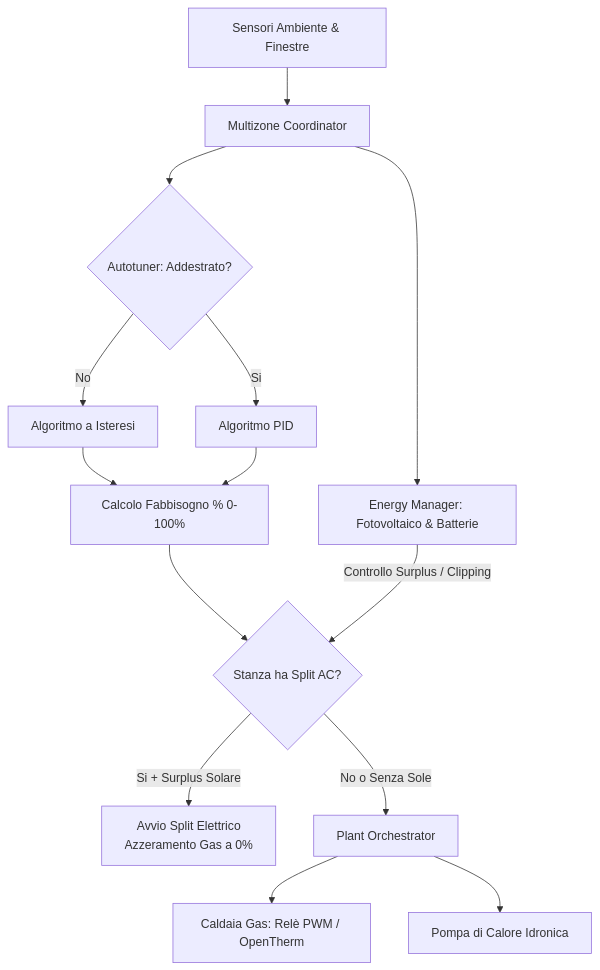
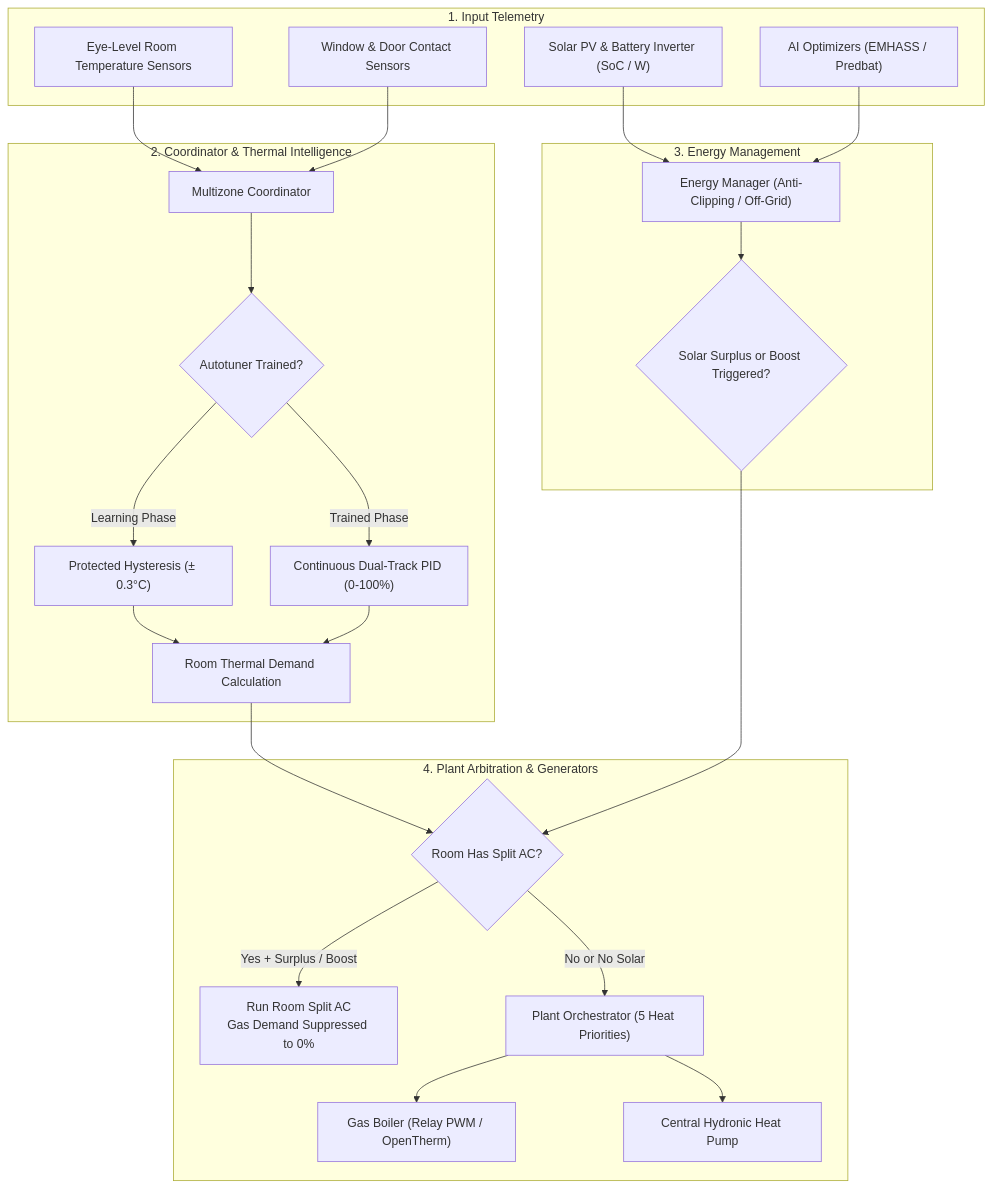
Before and after one commit to alex-military/multizone-thermostat: the diagram in docs/wiki/home.md, drawn with Mermaid. The commit also changed other lines of this file and 43 other files, not shown here.

````diff
--- a/docs/wiki/home.md
+++ b/docs/wiki/home.md
@@ -31,16 +165,47 @@
 ```mermaid
 flowchart TD
-    Sensori["Sensori Ambiente & Finestre"] --> Coordinatore["Multizone Coordinator"]
-    Coordinatore --> Autotuner{"Autotuner: Addestrato?"}
-    Autotuner -->|No| Isteresi["Algoritmo a Isteresi"]
-    Autotuner -->|Si| PID["Algoritmo PID"]
-    Isteresi --> Fabbisogno["Calcolo Fabbisogno % 0-100%"]
-    PID --> Fabbisogno
-    Fabbisogno --> SplitCheck{"Stanza ha Split AC?"}
-    SplitCheck -->|"Si + Surplus Solare"| SplitRun["Avvio Split Elettrico<br>Azzeramento Gas a 0%"]
-    SplitCheck -->|"No o Senza Sole"| PlantOrch["Plant Orchestrator"]
-    PlantOrch --> Caldaia["Caldaia Gas: Relè PWM / OpenTherm"]
-    PlantOrch --> PDC["Pompa di Calore Idronica"]
-    Coordinatore --> EnergyMgr["Energy Manager: Fotovoltaico & Batterie"]
-    EnergyMgr -->|"Controllo Surplus / Clipping"| SplitCheck
+    subgraph S["1. Input Telemetry"]
+        S1["Eye-Level Room Temperature Sensors"]
+        S2["Window & Door Contact Sensors"]
+        S3["Solar PV & Battery Inverter (SoC / W)"]
+        S4["AI Optimizers (EMHASS / Predbat)"]
+    end
+
+    subgraph C["2. Coordinator & Thermal Intelligence"]
+        C1["Multizone Coordinator"]
+        C2{"Autotuner Trained?"}
+        C3["Protected Hysteresis (± 0.3°C)"]
+        C4["Continuous Dual-Track PID (0-100%)"]
+        C5["Room Thermal Demand Calculation"]
+    end
+
+    subgraph E["3. Energy Management"]
+        E1["Energy Manager (Anti-Clipping / Off-Grid)"]
+        E2{"Solar Surplus or Boost Triggered?"}
+    end
+
+    subgraph A["4. Plant Arbitration & Generators"]
+        A1{"Room Has Split AC?"}
+        A2["Run Room Split AC<br>Gas Demand Suppressed to 0%"]
+        A3["Plant Orchestrator (5 Heat Priorities)"]
+        A4["Gas Boiler (Relay PWM / OpenTherm)"]
+        A5["Central Hydronic Heat Pump"]
+    end
+
+    S1 --> C1
+    S2 --> C1
+    S3 --> E1
+    S4 --> E1
+    C1 --> C2
+    C2 -->|Learning Phase| C3
+    C2 -->|Trained Phase| C4
+    C3 --> C5
+    C4 --> C5
+    E1 --> E2
+    C5 --> A1
+    E2 --> A1
+    A1 -->|Yes + Surplus / Boost| A2
+    A1 -->|No or No Solar| A3
+    A3 --> A4
+    A3 --> A5
 ```
````
